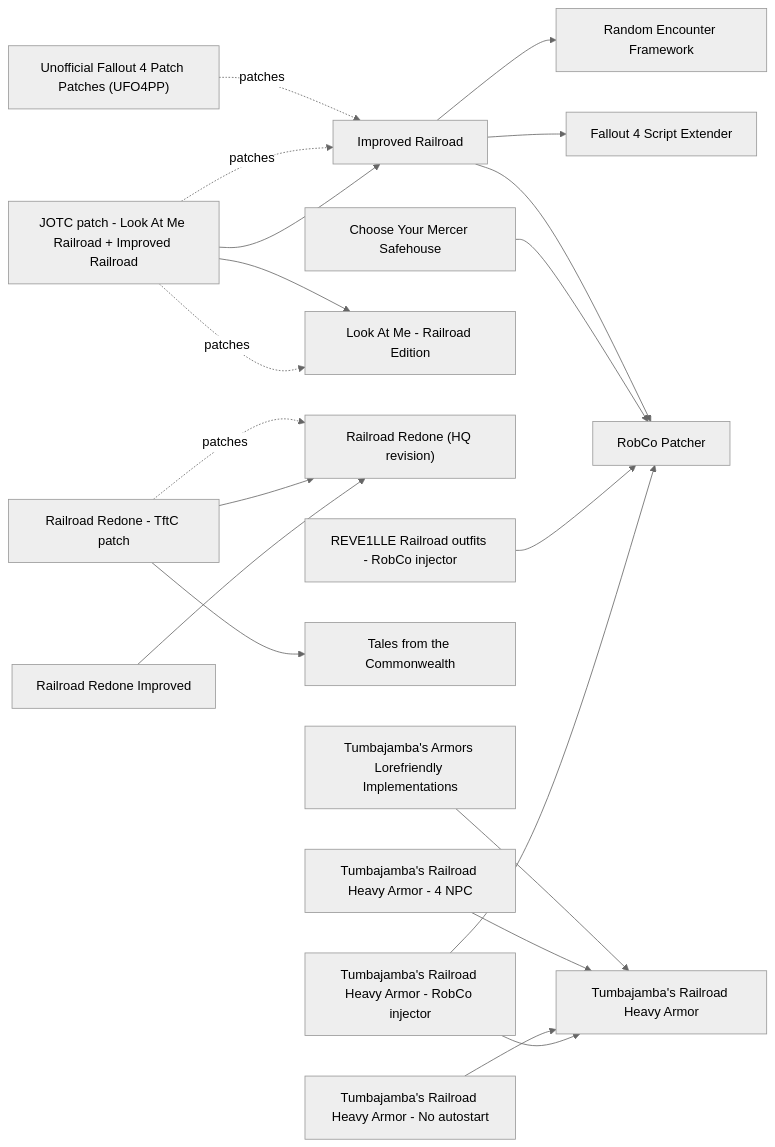
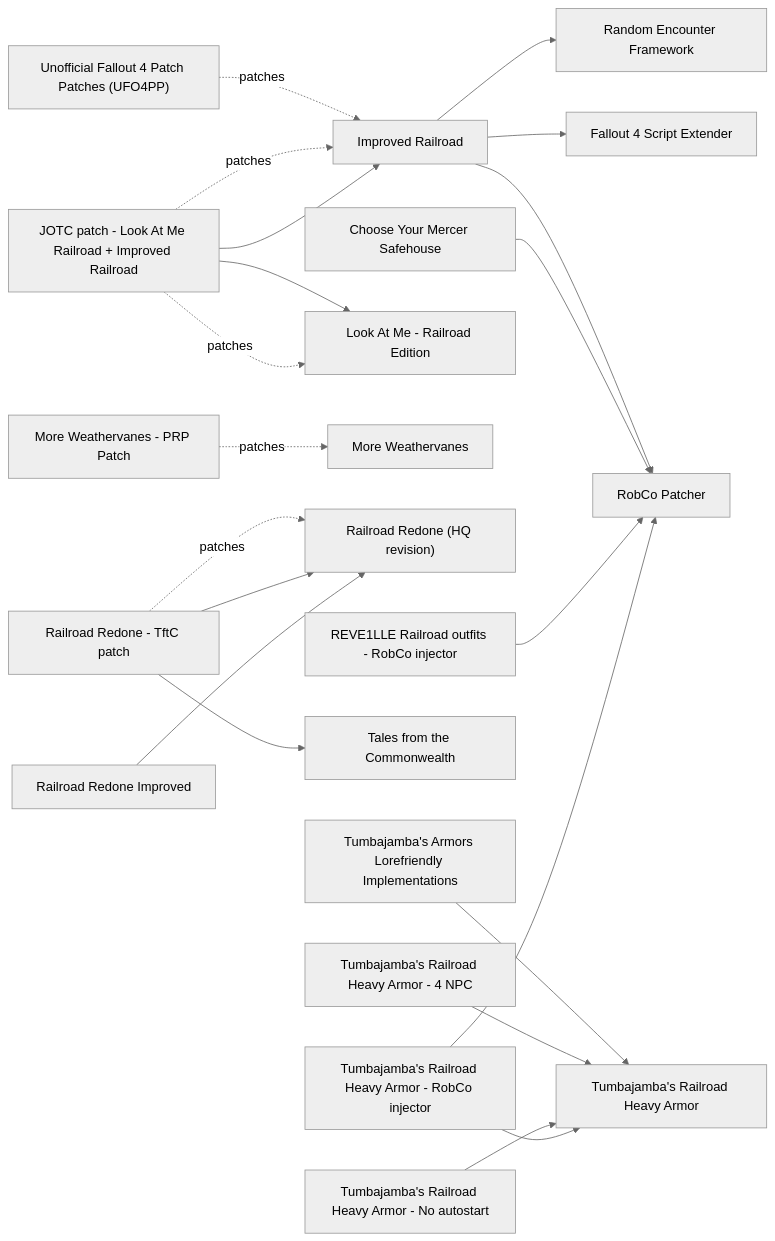
Before and after one commit to MorganKryze/fallout4-macos-modding: the diagram in docs/catalog/railroad.md, drawn with Mermaid (neutral theme). The commit also changed other lines of this file and 14 other files, not shown here.

````diff
--- a/docs/catalog/railroad.md
+++ b/docs/catalog/railroad.md
@@ -104,40 +105,43 @@
 ```mermaid
 graph LR
   choose_your_mercer_safehouse["Choose Your Mercer Safehouse"]
   f4se["Fallout 4 Script Extender"]
   improved_railroad["Improved Railroad"]
   jotc_look_at_me_ir_patch["JOTC patch - Look At Me Railroad + Improved Railroad"]
   look_at_me_railroad["Look At Me - Railroad Edition"]
+  more_weathervanes["More Weathervanes"]
+  more_weathervanes_prp_patch["More Weathervanes - PRP Patch"]
   railroad_redone["Railroad Redone (HQ revision)"]
   railroad_redone_improved["Railroad Redone Improved"]
   railroad_redone_tftc_patch["Railroad Redone - TftC patch"]
   random_encounter_framework["Random Encounter Framework"]
   reve1lle_railroad_robco_injector["REVE1LLE Railroad outfits - RobCo injector"]
   robco_patcher["RobCo Patcher"]
   tales_from_the_commonwealth["Tales from the Commonwealth"]
   tumbajamba_railroad_heavy_armor["Tumbajamba's Railroad Heavy Armor"]
   tumbajamba_rr_armor_lore_friendly["Tumbajamba's Armors Lorefriendly Implementations"]
   tumbajamba_rr_armor_no_autostart["Tumbajamba's Railroad Heavy Armor - No autostart"]
   tumbajamba_rr_armor_npc["Tumbajamba's Railroad Heavy Armor - 4 NPC"]
   tumbajamba_rr_armor_robco["Tumbajamba's Railroad Heavy Armor - RobCo injector"]
   ufo4p_patches["Unofficial Fallout 4 Patch Patches (UFO4PP)"]
   improved_railroad --> f4se
   improved_railroad --> robco_patcher
   improved_railroad --> random_encounter_framework
   ufo4p_patches -. patches .-> improved_railroad
   jotc_look_at_me_ir_patch -. patches .-> improved_railroad
+  more_weathervanes_prp_patch -. patches .-> more_weathervanes
   tumbajamba_rr_armor_lore_friendly --> tumbajamba_railroad_heavy_armor
   choose_your_mercer_safehouse --> robco_patcher
   jotc_look_at_me_ir_patch --> look_at_me_railroad
   jotc_look_at_me_ir_patch --> improved_railroad
   jotc_look_at_me_ir_patch -. patches .-> look_at_me_railroad
   railroad_redone_tftc_patch -. patches .-> railroad_redone
   railroad_redone_tftc_patch --> railroad_redone
   railroad_redone_tftc_patch --> tales_from_the_commonwealth
   railroad_redone_improved --> railroad_redone
   reve1lle_railroad_robco_injector --> robco_patcher
   tumbajamba_rr_armor_npc --> tumbajamba_railroad_heavy_armor
   tumbajamba_rr_armor_no_autostart --> tumbajamba_railroad_heavy_armor
   tumbajamba_rr_armor_robco --> tumbajamba_railroad_heavy_armor
   tumbajamba_rr_armor_robco --> robco_patcher
 ```
````
